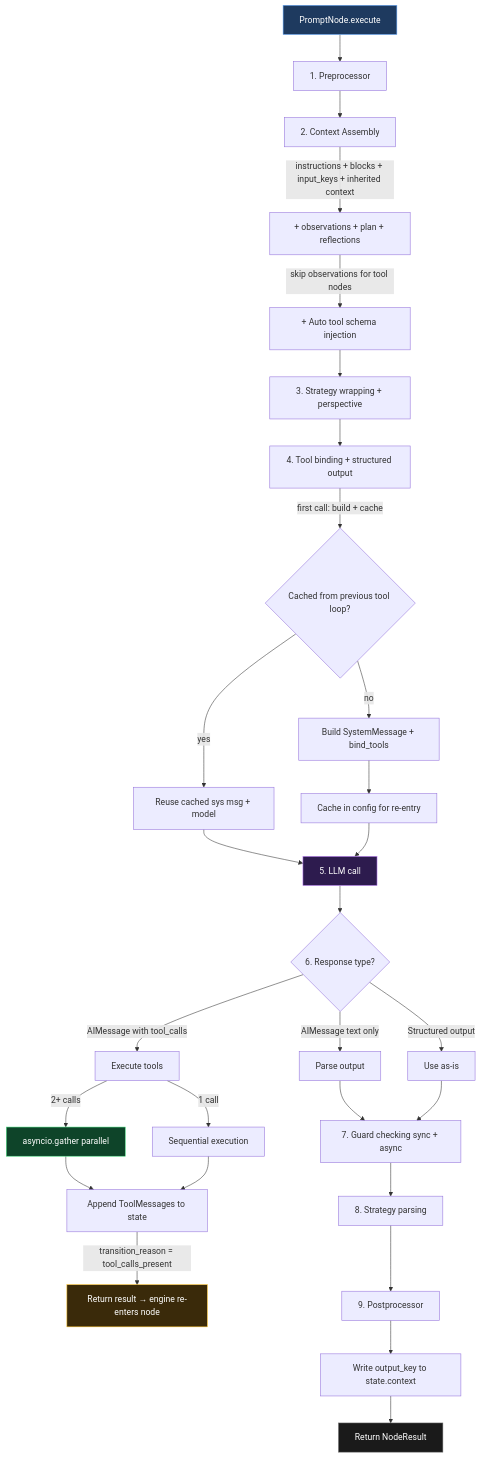
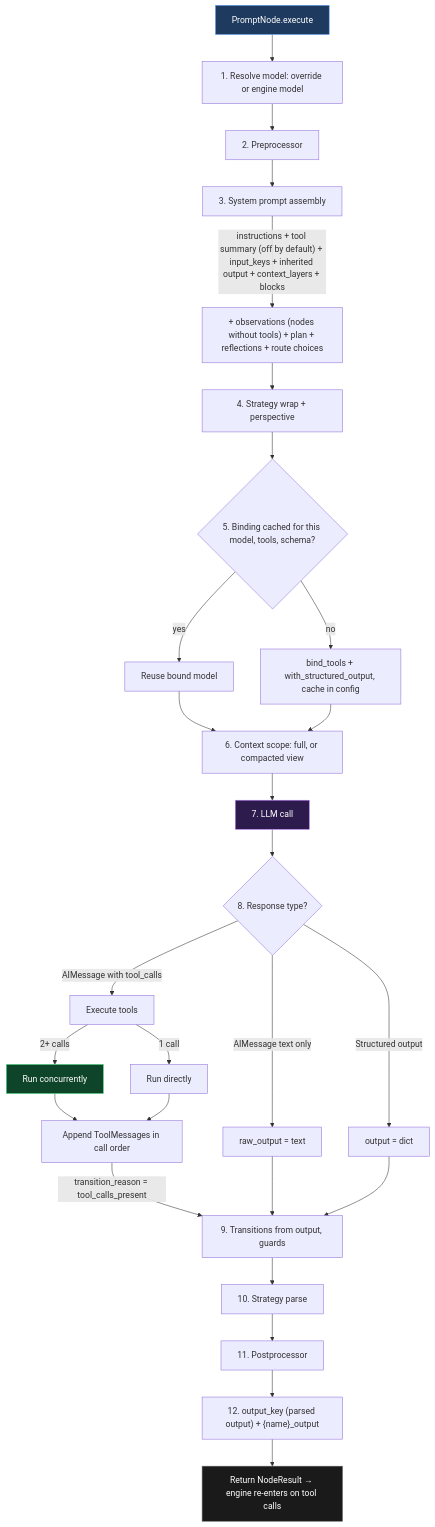
One commit to CloudEngineHub/DeepMCPAgent changed the fifth of 10 diagrams in docs/core/engine-internals.md. Above: the diagram before and after it, drawn with Mermaid. The commit also changed other lines of this file and 11 other files, not shown here.

First line of the commit message:
docs(engine): reasoning graph reference matches the engine

````diff
--- a/docs/core/engine-internals.md
+++ b/docs/core/engine-internals.md
@@ -175,39 +186,37 @@
 ```mermaid
 graph TD
-    START[PromptNode.execute] --> PRE[1. Preprocessor]
-    PRE --> CTX[2. Context Assembly]
-    CTX --> |instructions + blocks + input_keys + inherited context| CTX2[+ observations + plan + reflections]
-    CTX2 --> |"skip observations for tool nodes"| SCHEMA[+ Auto tool schema injection]
-    SCHEMA --> STRAT[3. Strategy wrapping + perspective]
-    STRAT --> BIND[4. Tool binding + structured output]
-    BIND --> |"first call: build + cache"| CACHE_CHECK{Cached from previous tool loop?}
-    CACHE_CHECK --> |yes| REUSE[Reuse cached sys msg + model]
-    CACHE_CHECK --> |no| BUILD[Build SystemMessage + bind_tools]
-    BUILD --> CACHE_STORE[Cache in config for re-entry]
-    REUSE --> LLM[5. LLM call]
-    CACHE_STORE --> LLM
+    START[PromptNode.execute] --> MODEL[1. Resolve model: override or engine model]
+    MODEL --> PRE[2. Preprocessor]
+    PRE --> CTX[3. System prompt assembly]
+    CTX --> |"instructions + tool summary (off by default) + input_keys + inherited output + context_layers + blocks"| CTX2["+ observations (nodes without tools) + plan + reflections + route choices"]
+    CTX2 --> STRAT[4. Strategy wrap + perspective]
+    STRAT --> BIND{5. Binding cached for this model, tools, schema?}
+    BIND --> |yes| REUSE[Reuse bound model]
+    BIND --> |no| BUILD[bind_tools + with_structured_output, cache in config]
+    REUSE --> SCOPE[6. Context scope: full, or compacted view]
+    BUILD --> SCOPE
+    SCOPE --> LLM[7. LLM call]
 
-    LLM --> RESP{6. Response type?}
+    LLM --> RESP{8. Response type?}
     RESP --> |AIMessage with tool_calls| TOOL_EXEC[Execute tools]
-    RESP --> |AIMessage text only| PARSE[Parse output]
-    RESP --> |Structured output| STRUCT[Use as-is]
+    RESP --> |AIMessage text only| PARSE[raw_output = text]
+    RESP --> |Structured output| STRUCT[output = dict]
 
-    TOOL_EXEC --> |"2+ calls"| PARALLEL[asyncio.gather parallel]
-    TOOL_EXEC --> |"1 call"| SEQUENTIAL[Sequential execution]
-    PARALLEL --> TOOL_MSG[Append ToolMessages to state]
+    TOOL_EXEC --> |"2+ calls"| PARALLEL[Run concurrently]
+    TOOL_EXEC --> |"1 call"| SEQUENTIAL[Run directly]
+    PARALLEL --> TOOL_MSG[Append ToolMessages in call order]
     SEQUENTIAL --> TOOL_MSG
-    TOOL_MSG --> |"transition_reason = tool_calls_present"| RETURN[Return result → engine re-enters node]
+    TOOL_MSG --> |"transition_reason = tool_calls_present"| GUARD
 
-    PARSE --> GUARD[7. Guard checking sync + async]
+    PARSE --> GUARD[9. Transitions from output, guards]
     STRUCT --> GUARD
-    GUARD --> STRAT_PARSE[8. Strategy parsing]
-    STRAT_PARSE --> POST[9. Postprocessor]
-    POST --> WRITE[Write output_key to state.context]
-    WRITE --> DONE[Return NodeResult]
+    GUARD --> STRAT_PARSE[10. Strategy parse]
+    STRAT_PARSE --> POST[11. Postprocessor]
+    POST --> WRITE["12. output_key (parsed output) + {name}_output"]
+    WRITE --> DONE[Return NodeResult → engine re-enters on tool calls]
 
     style START fill:#1e3a5f,stroke:#60a5fa,color:#fff
     style LLM fill:#2d1b4e,stroke:#c084fc,color:#fff
     style PARALLEL fill:#0e4429,stroke:#4ade80,color:#fff
-    style RETURN fill:#3a2a0a,stroke:#fbbf24,color:#fff
     style DONE fill:#1a1a1a,stroke:#666,color:#fff
 ```
````
